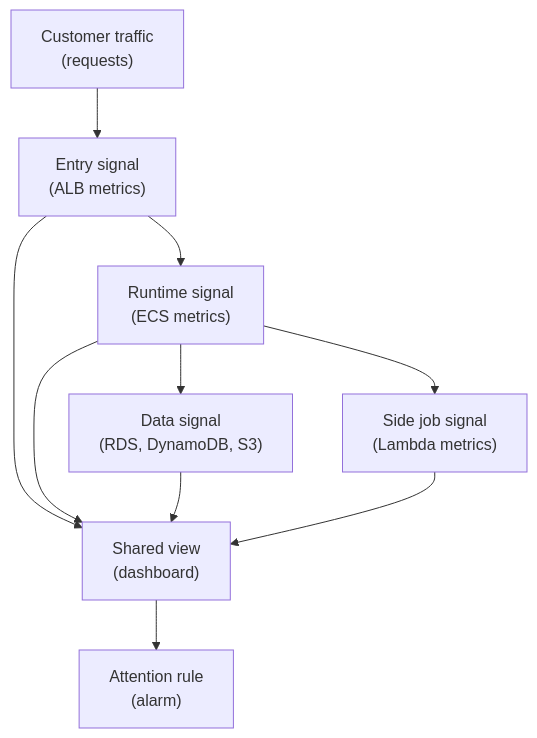
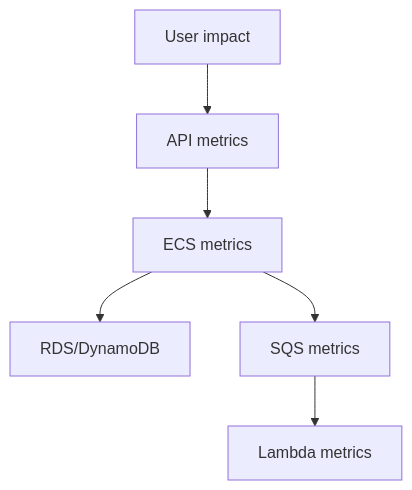
Before and after one commit to senlinyy/dev-roadmaps: the second of 2 diagrams in cloud-providers/aws/observability/cloudwatch-metrics-dashboards-and-alarms.md, drawn with Mermaid. The commit also changed other lines of this file and 275 other files, not shown here.

Commit message:
feat: roadmap structure update

````diff
--- a/cloud-providers/aws/observability/cloudwatch-metrics-dashboards-and-alarms.md
+++ b/cloud-providers/aws/observability/cloudwatch-metrics-dashboards-and-alarms.md
@@ -52,12 +131,8 @@
 ```mermaid
 flowchart TD
-    REQUESTS["Customer traffic<br/>(requests)"] --> ALB["Entry signal<br/>(ALB metrics)"]
-    ALB --> ECS["Runtime signal<br/>(ECS metrics)"]
-    ECS --> DATA["Data signal<br/>(RDS, DynamoDB, S3)"]
-    ECS --> JOBS["Side job signal<br/>(Lambda metrics)"]
-    ALB --> DASH["Shared view<br/>(dashboard)"]
-    ECS --> DASH
-    DATA --> DASH
-    JOBS --> DASH
-    DASH --> ALARM["Attention rule<br/>(alarm)"]
+    Impact["User impact"] --> Entry["API metrics"]
+    Entry --> Runtime["ECS metrics"]
+    Runtime --> Data["RDS/DynamoDB"]
+    Runtime --> Queue["SQS metrics"]
+    Queue --> Function["Lambda metrics"]
 ```
````
